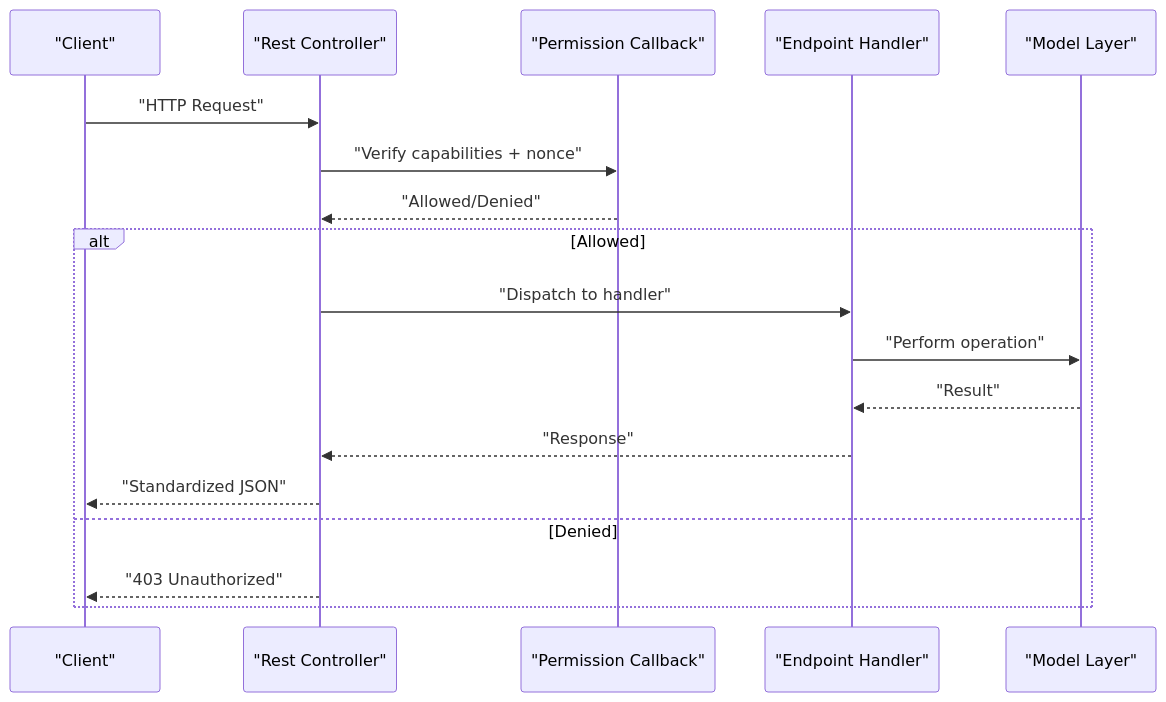
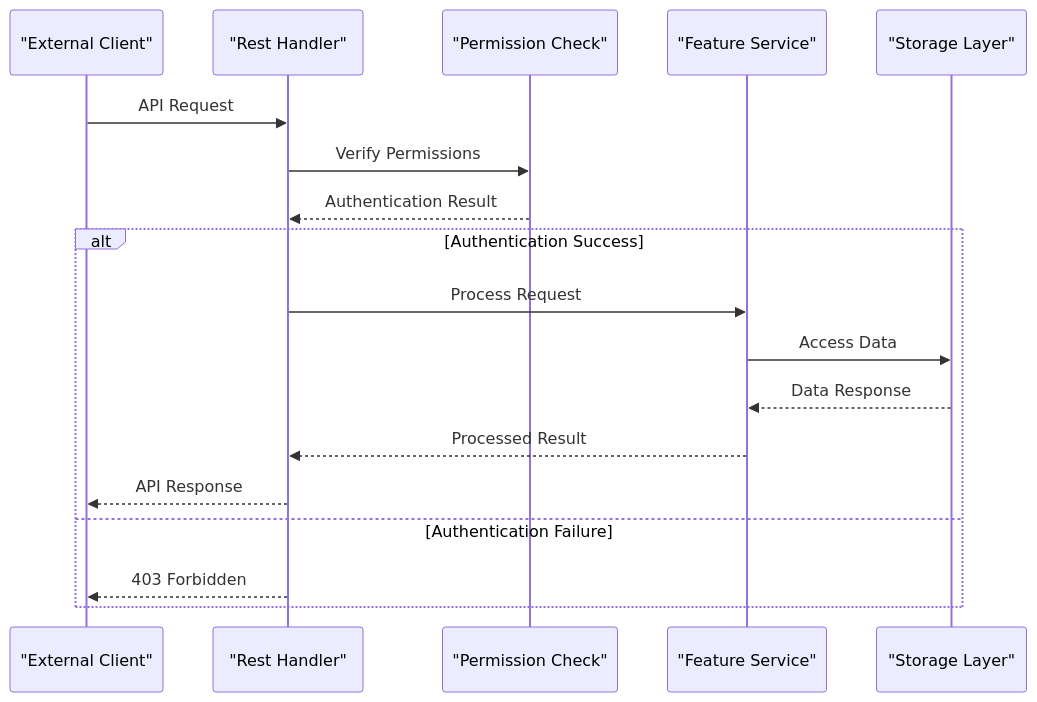
The second of 3 diagrams in .qoder/repowiki/en/content/REST API Reference/Core Endpoints.md (nilesh32236/performance-optimisation), drawn with Mermaid before and after one commit. The commit also changed other lines of this file and 46 other files, not shown here.

````diff
--- a/.qoder/repowiki/en/content/REST API Reference/Core Endpoints.md
+++ b/.qoder/repowiki/en/content/REST API Reference/Core Endpoints.md
@@ -77,20 +87,20 @@
 ```mermaid
 sequenceDiagram
-participant Client as "Client"
-participant REST as "Rest Controller"
-participant Perm as "Permission Callback"
-participant Handler as "Endpoint Handler"
-participant Model as "Model Layer"
-Client->>REST : "HTTP Request"
-REST->>Perm : "Verify capabilities + nonce"
-Perm-->>REST : "Allowed/Denied"
-alt Allowed
-REST->>Handler : "Dispatch to handler"
-Handler->>Model : "Perform operation"
-Model-->>Handler : "Result"
-Handler-->>REST : "Response"
-REST-->>Client : "Standardized JSON"
-else Denied
-REST-->>Client : "403 Unauthorized"
+participant Client as "External Client"
+participant REST as "Rest Handler"
+participant Auth as "Permission Check"
+participant Service as "Feature Service"
+participant Storage as "Storage Layer"
+Client->>REST : API Request
+REST->>Auth : Verify Permissions
+Auth-->>REST : Authentication Result
+alt Authentication Success
+REST->>Service : Process Request
+Service->>Storage : Access Data
+Storage-->>Service : Data Response
+Service-->>REST : Processed Result
+REST-->>Client : API Response
+else Authentication Failure
+REST-->>Client : 403 Forbidden
 end
 ```
````
